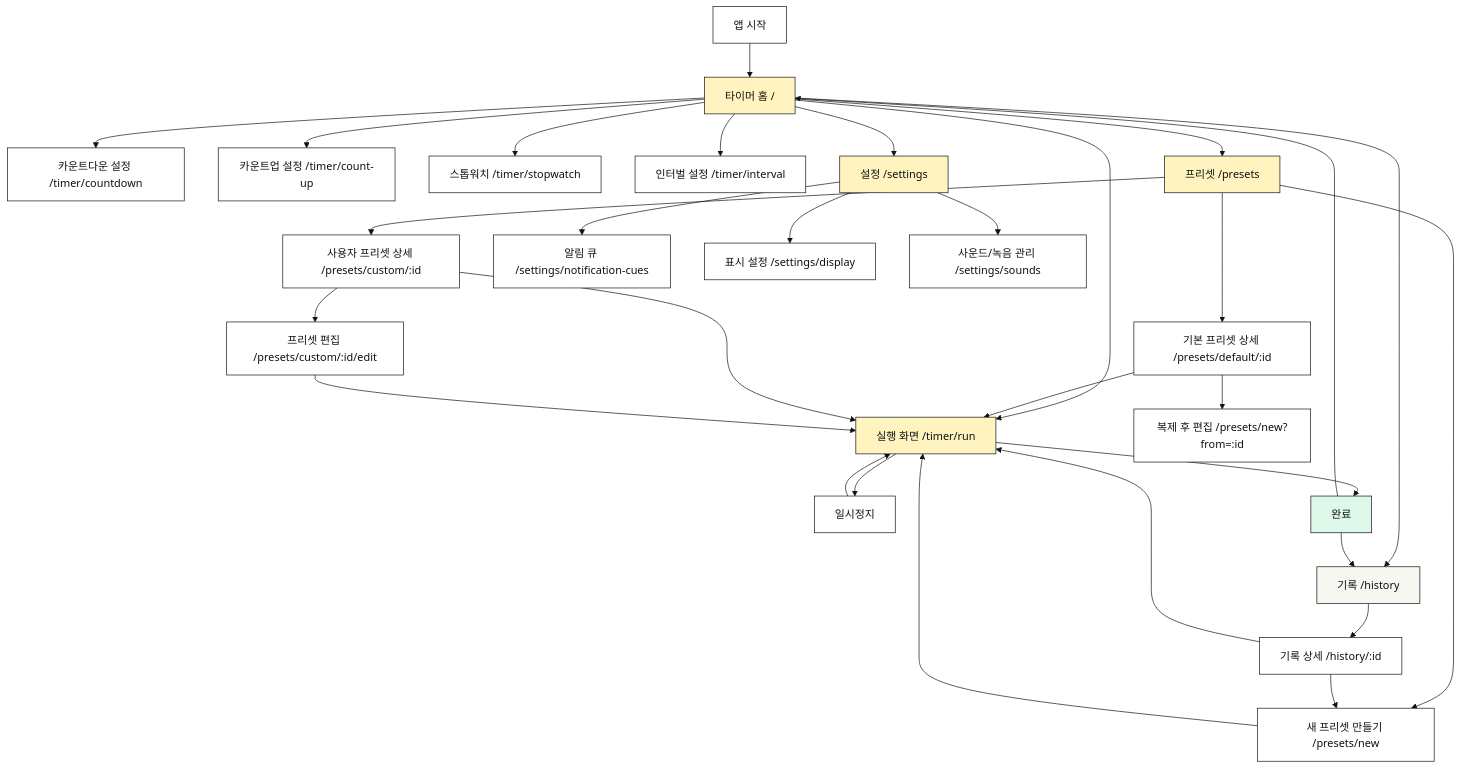
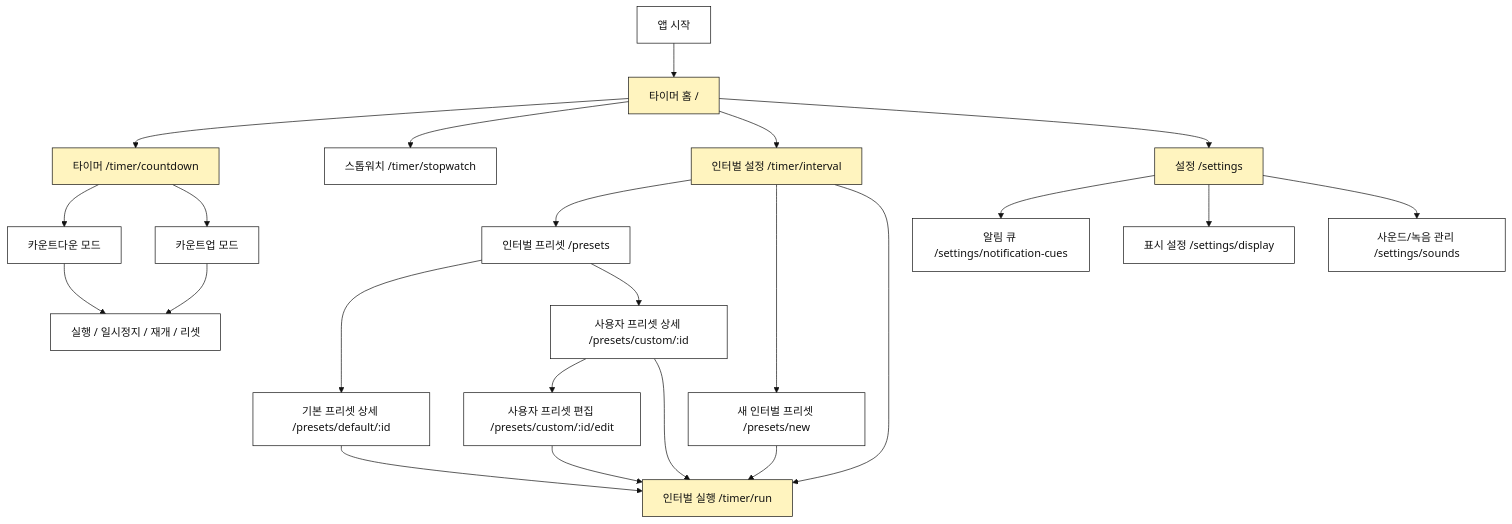
One commit to KalGookSoo/tempo changed the diagram in docs/navigation-structure.md. Above: the diagram before and after it, drawn with Mermaid. The commit also changed other lines of this file and 5 other files, not shown here.

Commit message:
docs: 타이머 사용 사례 병합에 따른 카운트다운 및 카운트업 문서 제거

````diff
--- a/docs/navigation-structure.md
+++ b/docs/navigation-structure.md
@@ -27,41 +28,35 @@
 ```mermaid
 %%{init: {"theme": "base", "themeVariables": {"background": "transparent", "primaryColor": "#FFFFFF", "primaryTextColor": "#111111", "primaryBorderColor": "#111111", "lineColor": "#111111", "tertiaryColor": "#F7F7F2"}}}%%
 flowchart TD
     A["앱 시작"] --> B["타이머 홈 /"]
-    B --> C["카운트다운 설정 /timer/countdown"]
-    B --> D["카운트업 설정 /timer/count-up"]
+    B --> T["타이머 /timer/countdown"]
     B --> E["스톱워치 /timer/stopwatch"]
     B --> F["인터벌 설정 /timer/interval"]
-    B --> G["실행 화면 /timer/run"]
-    B --> P["프리셋 /presets"]
+    B --> S["설정 /settings"]
+
+    T --> T1["카운트다운 모드"]
+    T --> T2["카운트업 모드"]
+    T1 --> T3["실행 / 일시정지 / 재개 / 리셋"]
+    T2 --> T3
+
+    F --> P["인터벌 프리셋 /presets"]
+    F --> P3["새 인터벌 프리셋 /presets/new"]
     P --> P1["기본 프리셋 상세 /presets/default/:id"]
     P --> P2["사용자 프리셋 상세 /presets/custom/:id"]
-    P --> P3["새 프리셋 만들기 /presets/new"]
-    P1 --> P4["복제 후 편집 /presets/new?from=:id"]
-    P2 --> P5["프리셋 편집 /presets/custom/:id/edit"]
-    P1 --> G
-    P2 --> G
-    P3 --> G
-    P5 --> G
-    B --> H["기록 /history"]
-    H --> H1["기록 상세 /history/:id"]
-    H1 --> G
-    H1 --> P3
-    B --> S["설정 /settings"]
+    P2 --> P5["사용자 프리셋 편집 /presets/custom/:id/edit"]
+    P1 --> R["인터벌 실행 /timer/run"]
+    P2 --> R
+    P3 --> R
+    P5 --> R
+    F --> R
+
     S --> S1["알림 큐 /settings/notification-cues"]
     S --> S2["표시 설정 /settings/display"]
     S --> S3["사운드/녹음 관리 /settings/sounds"]
-    G --> G1["일시정지"]
-    G1 --> G
-    G --> G2["완료"]
-    G2 --> B
-    G2 --> H
+
     classDef primary fill:#FFF4BF,stroke:#111111,color:#111111;
     classDef screen fill:#FFFFFF,stroke:#111111,color:#111111;
     classDef done fill:#DDF8E8,stroke:#111111,color:#111111;
-    classDef optional fill:#F7F7F2,stroke:#111111,color:#111111;
-    class B,P,S,G primary;
-    class C,D,E,F,P1,P2,P3,P4,P5,S1,S2,S3,H1 screen;
-    class G2 done;
-    class H optional;
+    class B,T,F,S,R primary;
+    class E,T1,T2,T3,P,P1,P2,P3,P5,S1,S2,S3 screen;
 ```
````
